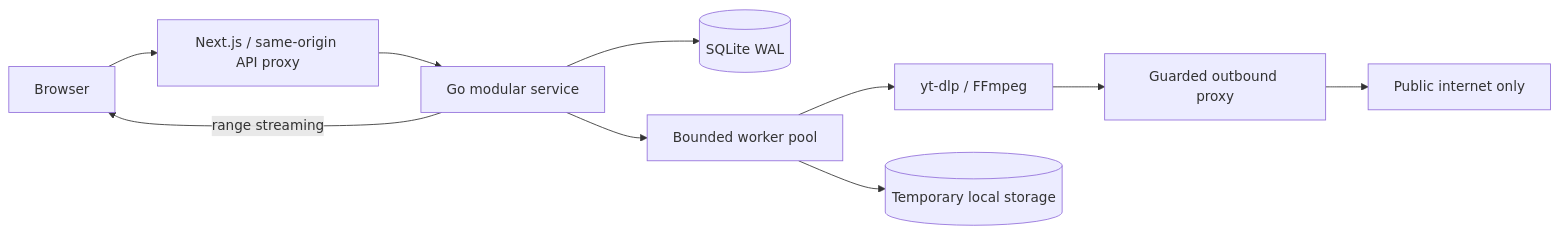
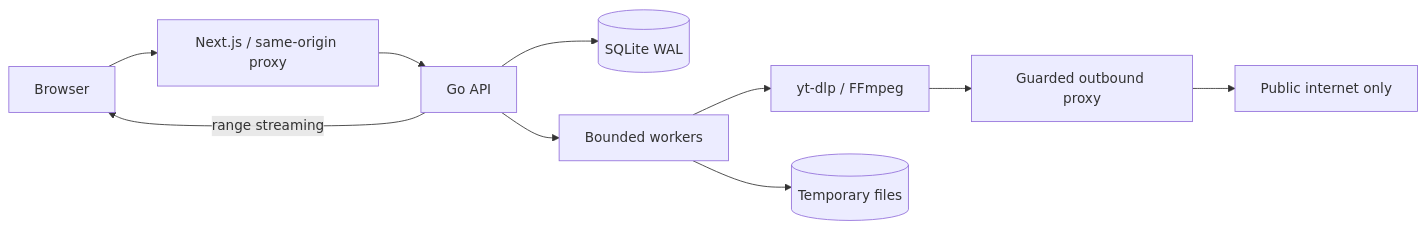
The diagram in README.md (Lord-shaban/OpenDownload), drawn with Mermaid before and after one commit. The commit also changed other lines of this file and 7 other files, not shown here.

````diff
--- a/README.md
+++ b/README.md
@@ -130,12 +108,12 @@
 ```mermaid
 flowchart LR
-  Browser --> Web[Next.js / same-origin API proxy]
-  Web --> API[Go modular service]
+  Browser --> Web[Next.js / same-origin proxy]
+  Web --> API[Go API]
   API --> DB[(SQLite WAL)]
-  API --> Workers[Bounded worker pool]
+  API --> Workers[Bounded workers]
   Workers --> Tools[yt-dlp / FFmpeg]
-  Workers --> Files[(Temporary local storage)]
-  Tools --> Proxy[Guarded outbound proxy]
-  Proxy --> Public[Public internet only]
+  Workers --> Files[(Temporary files)]
+  Tools --> Egress[Guarded outbound proxy]
+  Egress --> Internet[Public internet only]
   API -->|range streaming| Browser
 ```
````
